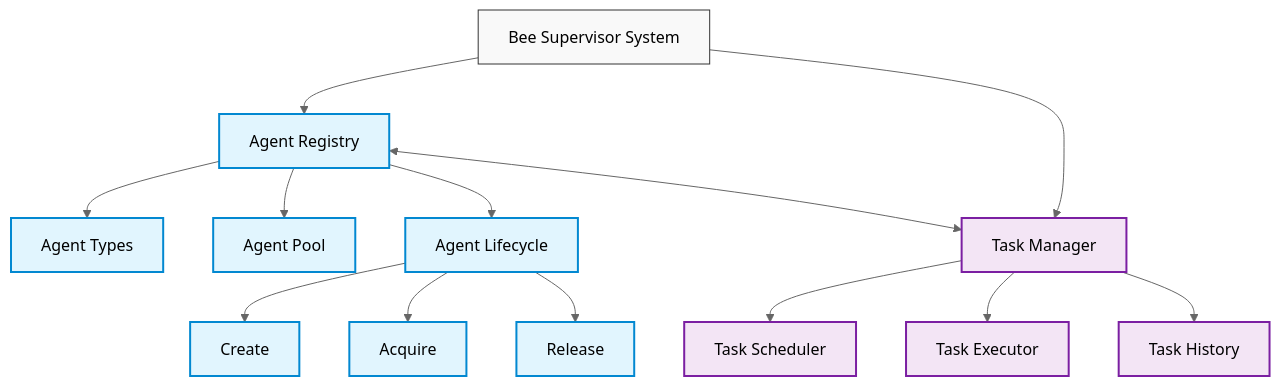
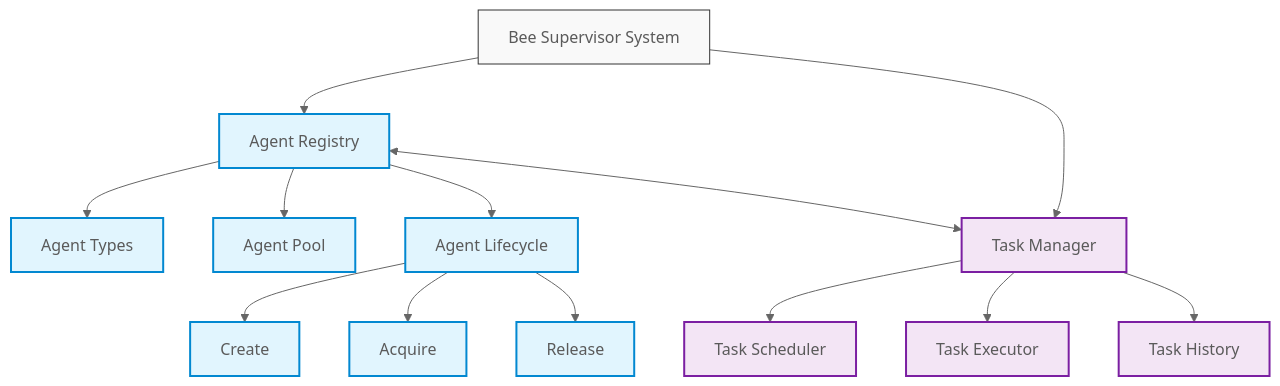
Before and after one commit to aleskalfas/bee-supervisor-poc: the first of 2 diagrams in README.md, drawn with Mermaid (neutral theme). The commit also changed other lines of this file, not shown here.

Commit message:
fix: diagrams colors

````diff
--- a/README.md
+++ b/README.md
@@ -30,33 +30,33 @@
 ```mermaid
 graph TD
     BS[Bee Supervisor System]
     
     BS --> AR[Agent Registry]
     BS --> TR[Task Manager]
     
     %% Agent Registry Section
     AR --> AT[Agent Types]
     AR --> AP[Agent Pool]
     AR --> AL[Agent Lifecycle]
     
     %% Agent Lifecycle Core Functions
     AL --> Create[Create]
     AL --> Acquire[Acquire]
     AL --> Release[Release]
     
     %% Task Manager Section
     TR --> TS[Task Scheduler]
     TR --> TE[Task Executor]
     TR --> TH[Task History]
     
     %% Integration
     AR <--> TR
     
-    classDef default fill:#f9f9f9,stroke:#333,stroke-width:1px,color:black
-    classDef registry fill:#e1f5fe,stroke:#0288d1,stroke-width:2px,color:black
-    classDef runner fill:#f3e5f5,stroke:#7b1fa2,stroke-width:2px,color:black
+    classDef default fill:#f9f9f9,stroke:#333,stroke-width:1px,color:#5a5a5a
+    classDef registry fill:#e1f5fe,stroke:#0288d1,stroke-width:2px,color:#5a5a5a
+    classDef runner fill:#f3e5f5,stroke:#7b1fa2,stroke-width:2px,color:#5a5a5a
     
     class BS default
     class AR,AT,AP,AL,Create,Acquire,Release registry
     class TR,TS,TE,TH runner
 ```
````
